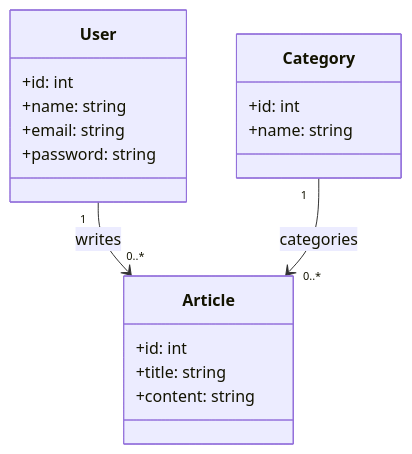
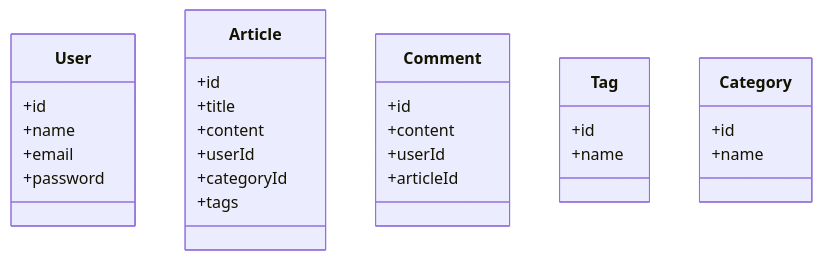
One commit to samir20-23/Blog-Projet changed the diagram in Conception/diagramme-de-class.mmd. Above: the diagram before and after it, drawn with Mermaid. The commit also changed other lines of this file and 1 other file, not shown here.

```diff
--- a/Conception/diagramme-de-class.mmd
+++ b/Conception/diagramme-de-class.mmd
@@ -1,21 +1,33 @@
 classDiagram
     class User {
-        +id: int
-        +name: string
-        +email: string
-        +password: string
+        +id
+        +name
+        +email
+        +password
     }
 
     class Article {
-        +id: int
-        +title: string
-        +content: string
+        +id
+        +title
+        +content
+        +userId
+        +categoryId
+        +tags
+    }
+
+    class Comment {
+        +id
+        +content
+        +userId
+        +articleId
+    }
+
+    class Tag {
+        +id
+        +name
     }
 
     class Category {
-        +id: int
-        +name: string
+        +id
+        +name
     }
-
-    User "1" --> "0..*" Article : writes
-    Category "1" --> "0..*" Article : categories
```
